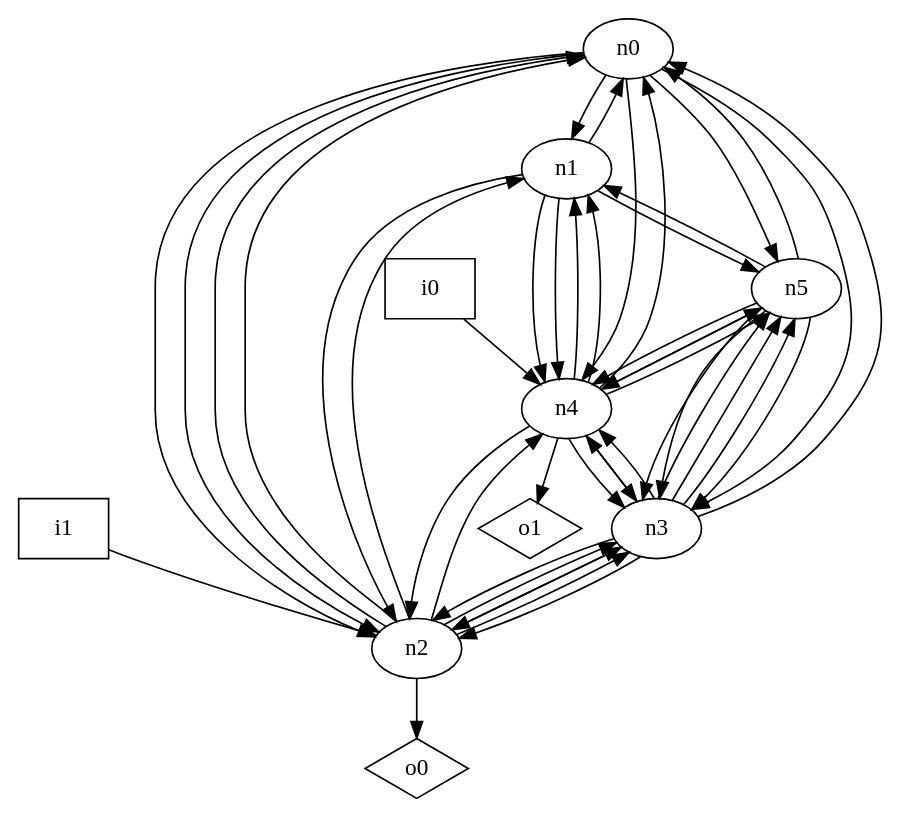
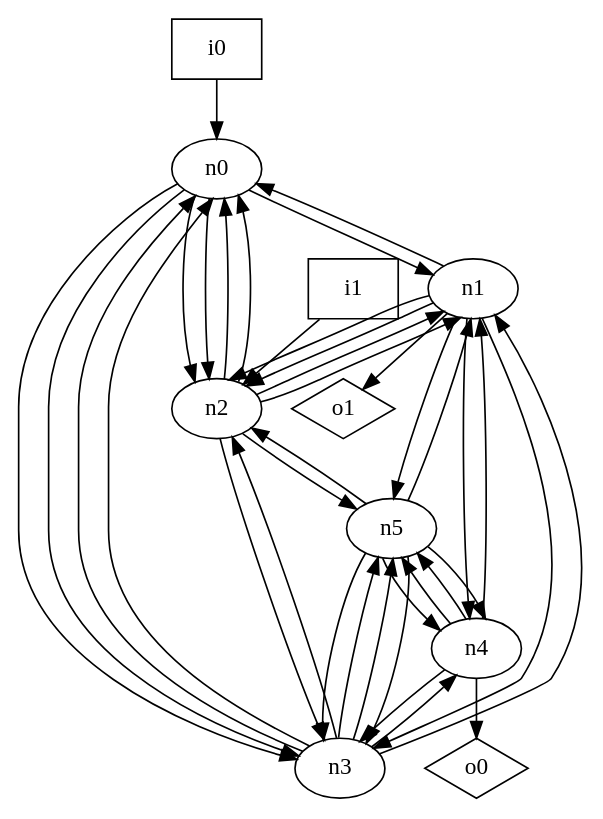
One commit to p9romain/bool-circuits changed the diagram in dot_files/random/random_undirected_loop_free_graph.dot. Above: the diagram before and after it, drawn with Graphviz. The commit also changed 29 other files, not shown here.

```diff
--- a/dot_files/random/random_undirected_loop_free_graph.dot
+++ b/dot_files/random/random_undirected_loop_free_graph.dot
@@ -1,58 +1,50 @@
 digraph G {
 n0 [label="n0"];
 n1 [label="n1"];
 n2 [label="n2"];
 n3 [label="n3"];
 n4 [label="n4"];
 n5 [label="n5"];
 n6 [label="i0",shape="box"];
 n7 [label="i1",shape="box"];
 n8 [label="o0",shape="diamond"];
 n9 [label="o1",shape="diamond"];
 n0 -> n1
 n0 -> n2
 n0 -> n2
 n0 -> n3
-n0 -> n4
-n0 -> n5
+n0 -> n3
 n1 -> n0
 n1 -> n2
-n1 -> n4
+n1 -> n2
+n1 -> n3
 n1 -> n4
 n1 -> n5
+n1 -> n9
 n2 -> n0
 n2 -> n0
 n2 -> n1
+n2 -> n1
 n2 -> n3
-n2 -> n3
-n2 -> n3
-n2 -> n4
-n2 -> n8
+n2 -> n5
 n3 -> n0
+n3 -> n0
+n3 -> n1
 n3 -> n2
-n3 -> n2
-n3 -> n2
-n3 -> n4
 n3 -> n4
 n3 -> n5
 n3 -> n5
-n3 -> n5
-n4 -> n0
 n4 -> n1
-n4 -> n1
-n4 -> n2
-n4 -> n3
 n4 -> n3
 n4 -> n5
 n4 -> n5
-n4 -> n9
-n5 -> n0
+n4 -> n8
 n5 -> n1
-n5 -> n3
+n5 -> n2
 n5 -> n3
 n5 -> n3
 n5 -> n4
 n5 -> n4
-n6 -> n4
+n6 -> n0
 n7 -> n2
 }
```
